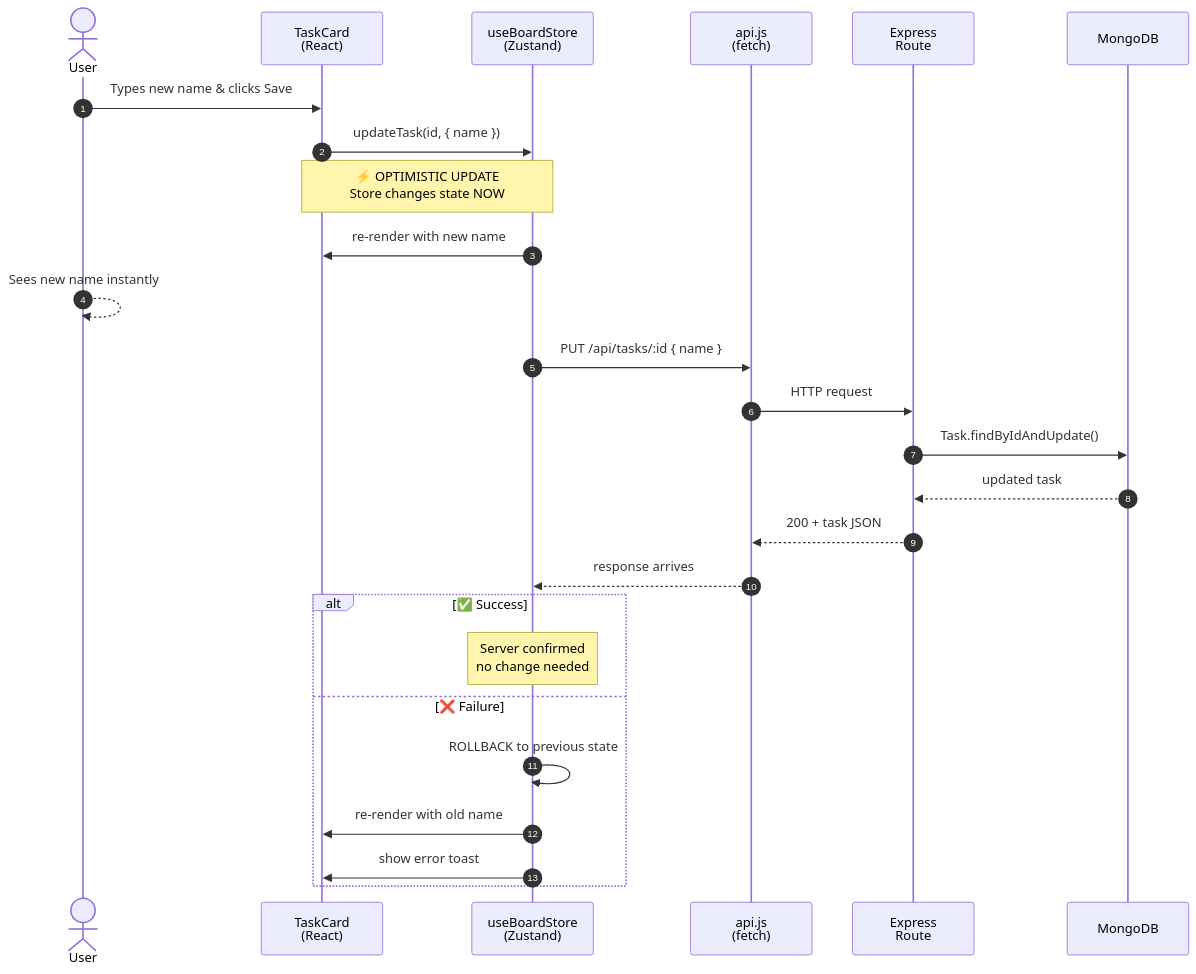
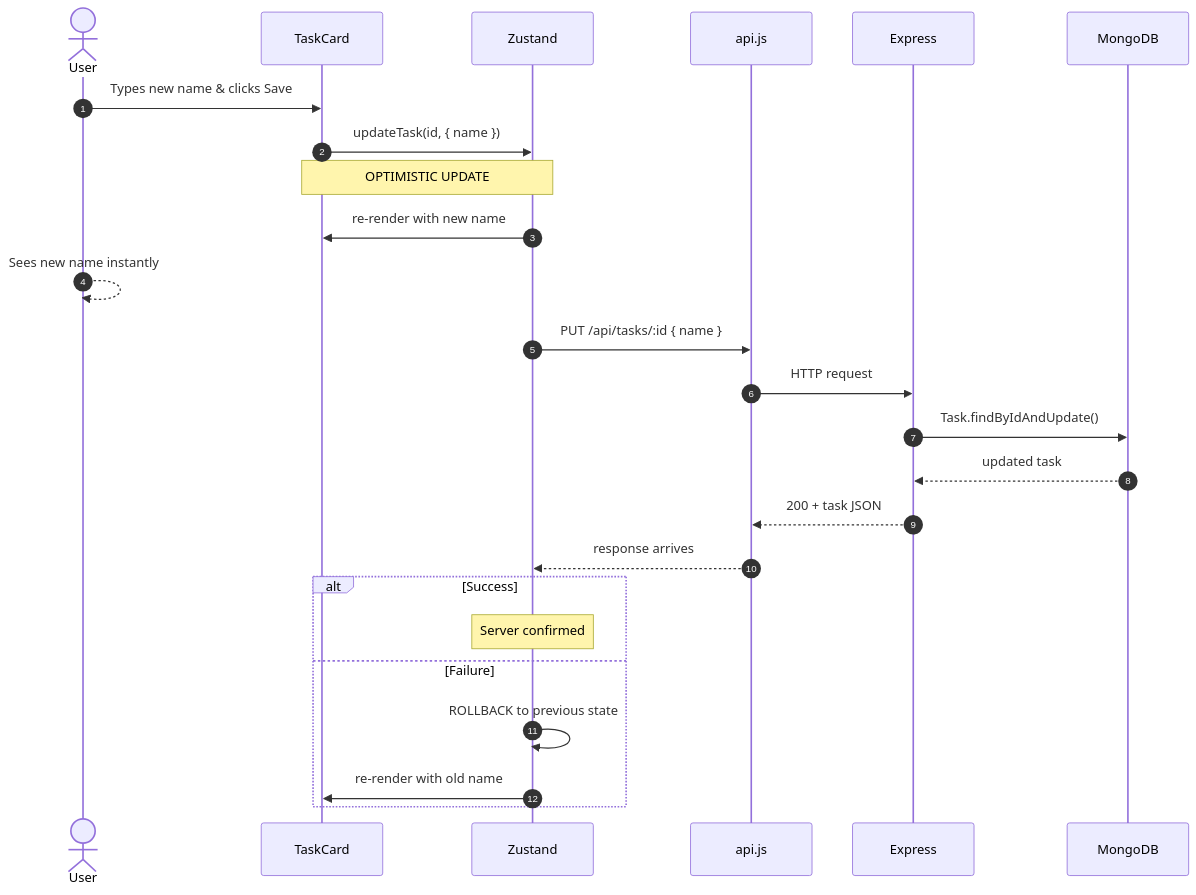
One commit to ahmadkhalil2021/fullstack-task-board changed the sixth of 7 diagrams in docs/build-architecture.md. Above: the diagram before and after it, drawn with Mermaid. The commit also changed other lines of this file, not shown here.

First line of the commit message:
Fix dark mode font visibility in Mermaid diagrams

````diff
--- a/docs/build-architecture.md
+++ b/docs/build-architecture.md
@@ -145,32 +163,31 @@
 ```mermaid
 sequenceDiagram
     autonumber
     actor User
-    participant UI as TaskCard<br/>(React)
-    participant Store as useBoardStore<br/>(Zustand)
-    participant API as api.js<br/>(fetch)
-    participant Server as Express<br/>Route
+    participant UI as TaskCard
+    participant Store as Zustand
+    participant API as api.js
+    participant Server as Express
     participant DB as MongoDB
 
     User->>UI: Types new name & clicks Save
     UI->>Store: updateTask(id, { name })
 
-    Note over Store,UI: ⚡ OPTIMISTIC UPDATE<br/>Store changes state NOW
+    Note over Store,UI: OPTIMISTIC UPDATE
     Store->>UI: re-render with new name
     User-->>User: Sees new name instantly
 
     Store->>API: PUT /api/tasks/:id { name }
     API->>Server: HTTP request
     Server->>DB: Task.findByIdAndUpdate()
     DB-->>Server: updated task
     Server-->>API: 200 + task JSON
     API-->>Store: response arrives
 
-    alt ✅ Success
-        Note over Store: Server confirmed<br/>no change needed
-    else ❌ Failure
+    alt Success
+        Note over Store: Server confirmed
+    else Failure
         Store->>Store: ROLLBACK to previous state
         Store->>UI: re-render with old name
-        Store->>UI: show error toast
     end
 ```
````
